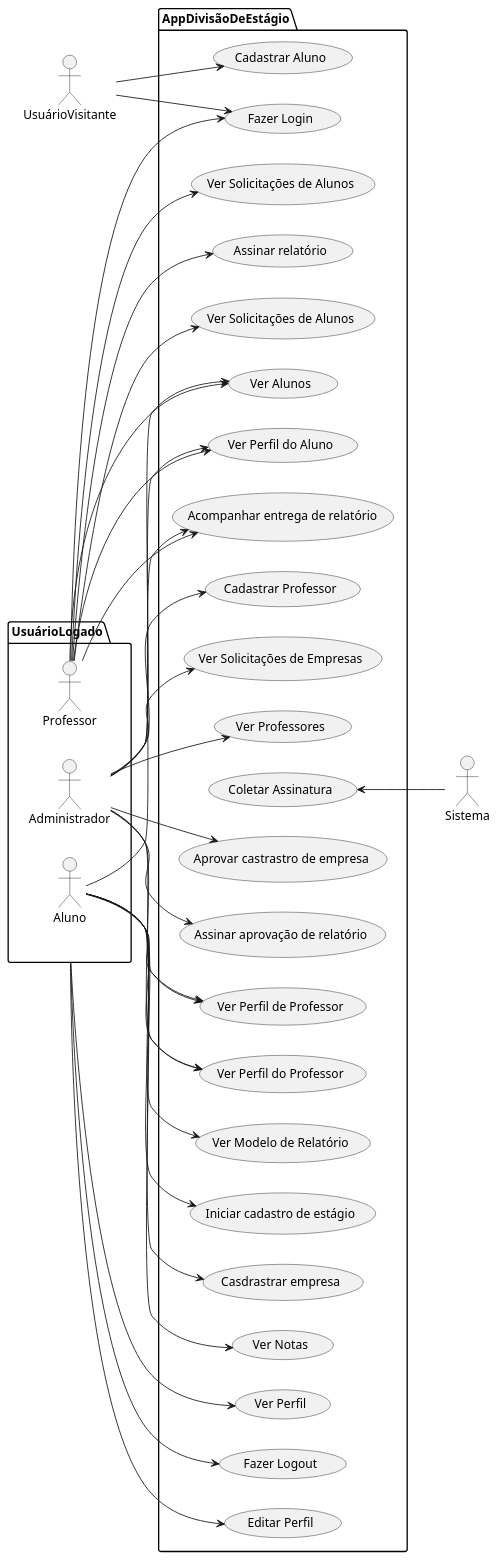
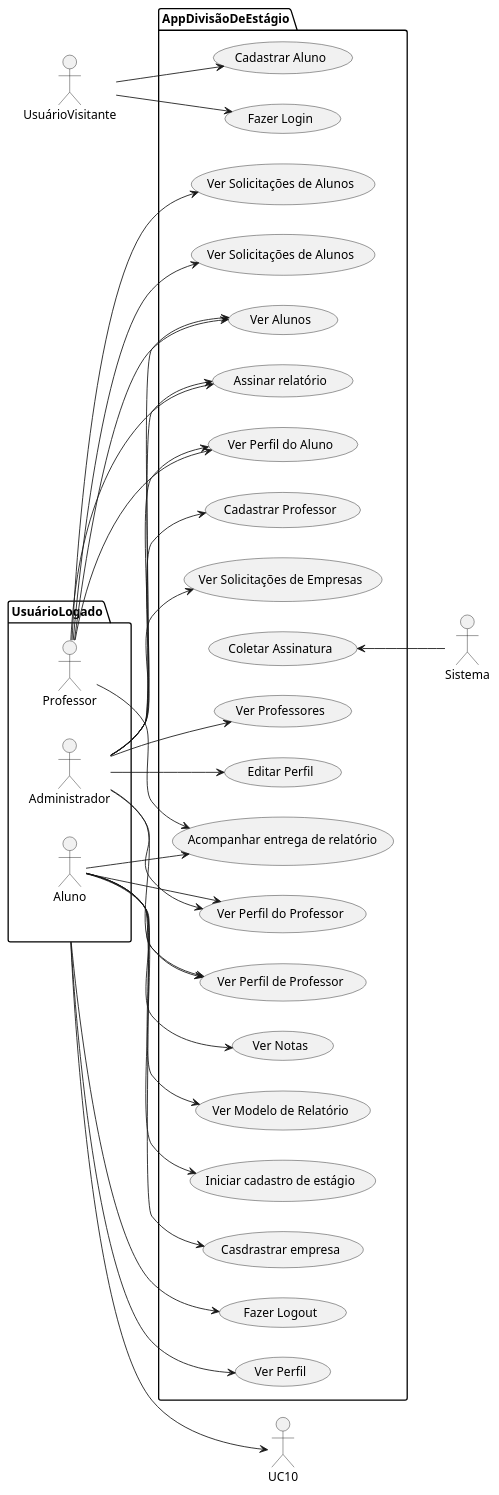
One commit to cabare-do-mel/divestagio_poli changed the diagram in Casos de Uso/UseCases.plantuml. Above: the diagram before and after it, drawn with PlantUML.

```diff
--- a/Casos de Uso/UseCases.plantuml
+++ b/Casos de Uso/UseCases.plantuml
@@ -1,72 +1,70 @@
 @startuml
 left to right direction
 actor UsuárioVisitante as uv
 actor Sistema as sys
 package UsuárioLogado as ul{
   actor Professor as p
   actor Administrador as adm
   actor Aluno as al
 }
 package AppDivisãoDeEstágio {
   usecase "Ver Perfil" as UC1
   usecase "Ver Modelo de Relatório" as UC2
   usecase "Iniciar cadastro de estágio" as UC3
   usecase "Casdrastrar empresa" as UC4
   usecase "Ver Perfil de Professor" as UC5
   usecase "Acompanhar entrega de relatório" as UC6
   usecase "Assinar relatório" as UC7
   usecase "Aprovar castrastro de empresa" as UC8
-  usecase "Assinar aprovação de relatório" as UC9
-  usecase "Cadastrar Professor" as UC10
-  usecase "Editar Perfil" as UC11
-  usecase "Coletar Assinatura" as UC12
-  usecase "Fazer Login" as UC13
-  usecase "Cadastrar Aluno" as UC14
-  usecase "Ver Solicitações de Empresas" as UC15
-  usecase "Ver Solicitações de Alunos" as UC16
-  usecase "Ver Professores" as UC17
-  usecase "Ver Alunos" as UC18
-  usecase "Ver Solicitações de Alunos" as UC19
-  usecase "Fazer Logout" as UC20
-  usecase "Ver Notas" as UC21
-  usecase "Ver Perfil do Aluno" as UC22
-  usecase "Ver Perfil do Professor" as UC23
+  usecase "Cadastrar Professor" as UC9
+  usecase "Editar Perfil" as UC8
+  usecase "Coletar Assinatura" as UC11
+  usecase "Fazer Login" as UC12
+  usecase "Cadastrar Aluno" as UC13
+  usecase "Ver Solicitações de Empresas" as UC14
+  usecase "Ver Solicitações de Alunos" as UC15
+  usecase "Ver Professores" as UC16
+  usecase "Ver Alunos" as UC17
+  usecase "Ver Solicitações de Alunos" as UC18
+  usecase "Fazer Logout" as UC19
+  usecase "Ver Notas" as UC20
+  usecase "Ver Perfil do Aluno" as UC21
+  usecase "Ver Perfil do Professor" as UC22
 }
 
-UC12 <-- sys
+UC11 <-- sys
 
 
 adm --> UC5
 adm --> UC8
+adm --> UC7
 adm --> UC9
-adm --> UC10
-adm --> UC15
+adm --> UC14
+adm --> UC16
 adm --> UC17
-adm --> UC18
+adm --> UC21
 adm --> UC22
-adm --> UC23
 
 
 p --> UC6
 p --> UC7
-p --> UC13
-p --> UC16
+p --> UC15
+p --> UC17
 p --> UC18
-p --> UC19
-p --> UC22
+p --> UC21
 
 al --> UC2
 al --> UC3
 al --> UC4
 al --> UC5
 al --> UC6
-al --> UC21
-al --> UC23
+al --> UC20
+al --> UC22
 
+uv --> UC12
 uv --> UC13
-uv --> UC14
 
 ul --> UC1
-ul --> UC11
-ul --> UC20
+ul --> UC10
+ul --> UC19
 @enduml
```
